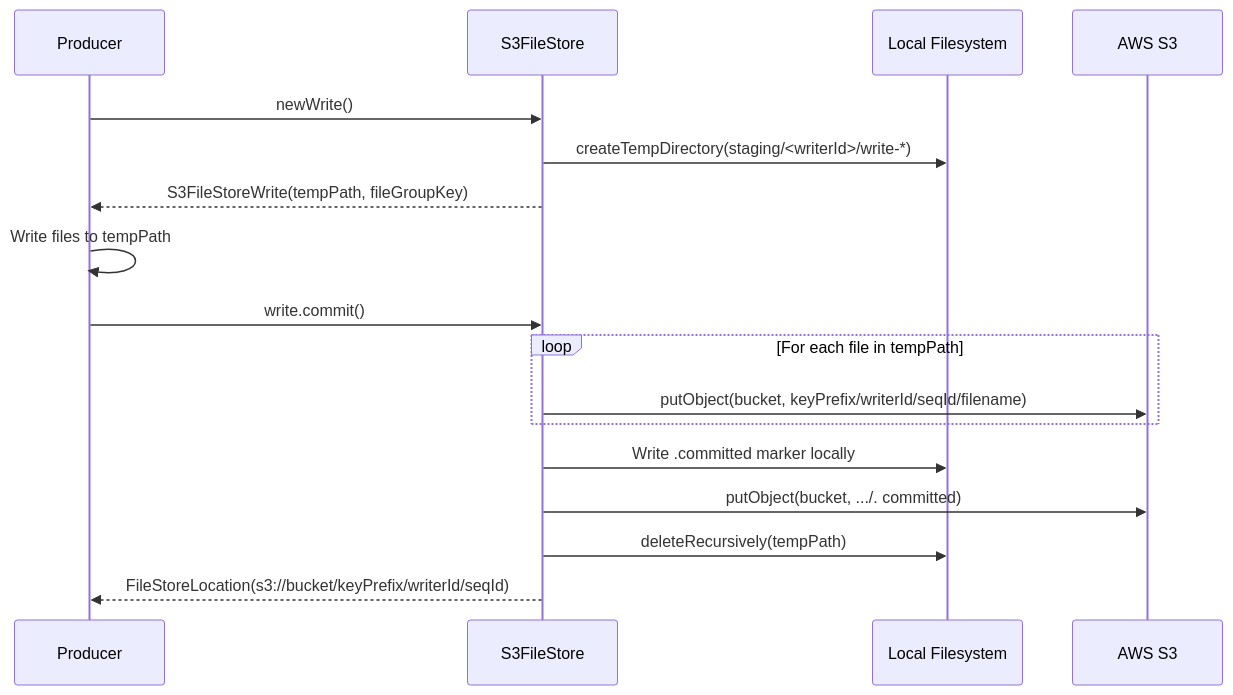
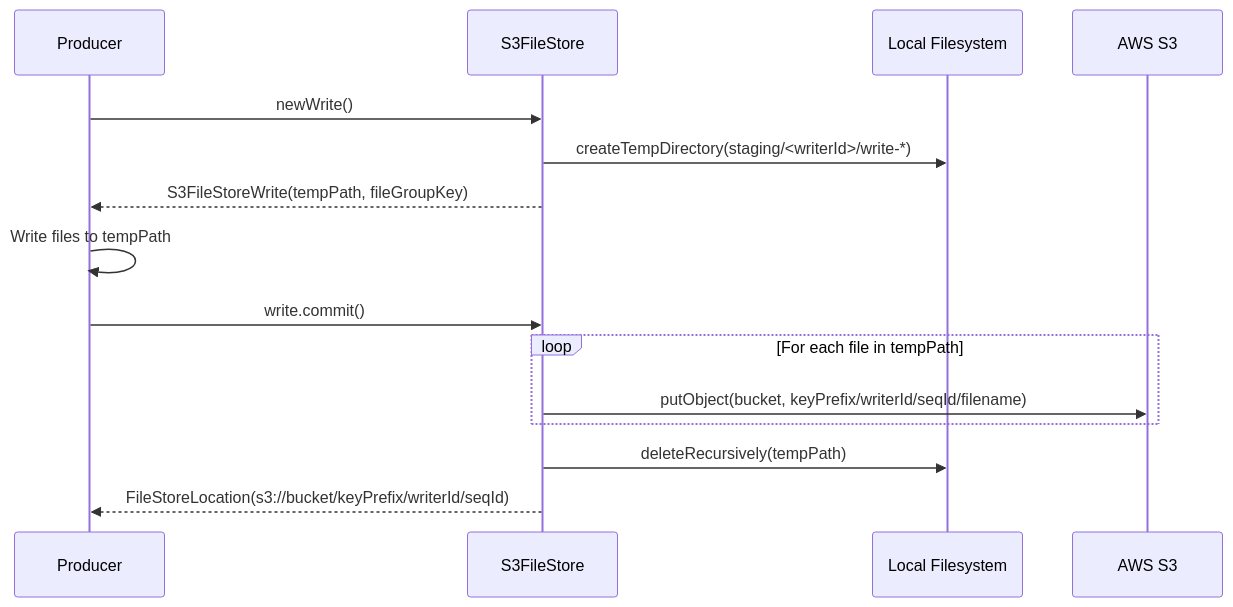
Before and after one commit to gchq/stroom: the sixth of 10 diagrams in stroom-proxy/designs/infrastructure/file-stores.md, drawn with Mermaid. The commit also changed other lines of this file and 7 other files, not shown here.

````diff
--- a/stroom-proxy/designs/infrastructure/file-stores.md
+++ b/stroom-proxy/designs/infrastructure/file-stores.md
@@ -258,22 +282,20 @@
 ```mermaid
 sequenceDiagram
     participant P as Producer
     participant S3FS as S3FileStore
     participant FS as Local Filesystem
     participant S3 as AWS S3
 
     P->>S3FS: newWrite()
     S3FS->>FS: createTempDirectory(staging/<writerId>/write-*)
     S3FS-->>P: S3FileStoreWrite(tempPath, fileGroupKey)
     P->>P: Write files to tempPath
     P->>S3FS: write.commit()
     
     loop For each file in tempPath
         S3FS->>S3: putObject(bucket, keyPrefix/writerId/seqId/filename)
     end
     
-    S3FS->>FS: Write .committed marker locally
-    S3FS->>S3: putObject(bucket, .../. committed)
     S3FS->>FS: deleteRecursively(tempPath)
     S3FS-->>P: FileStoreLocation(s3://bucket/keyPrefix/writerId/seqId)
 ```
````
